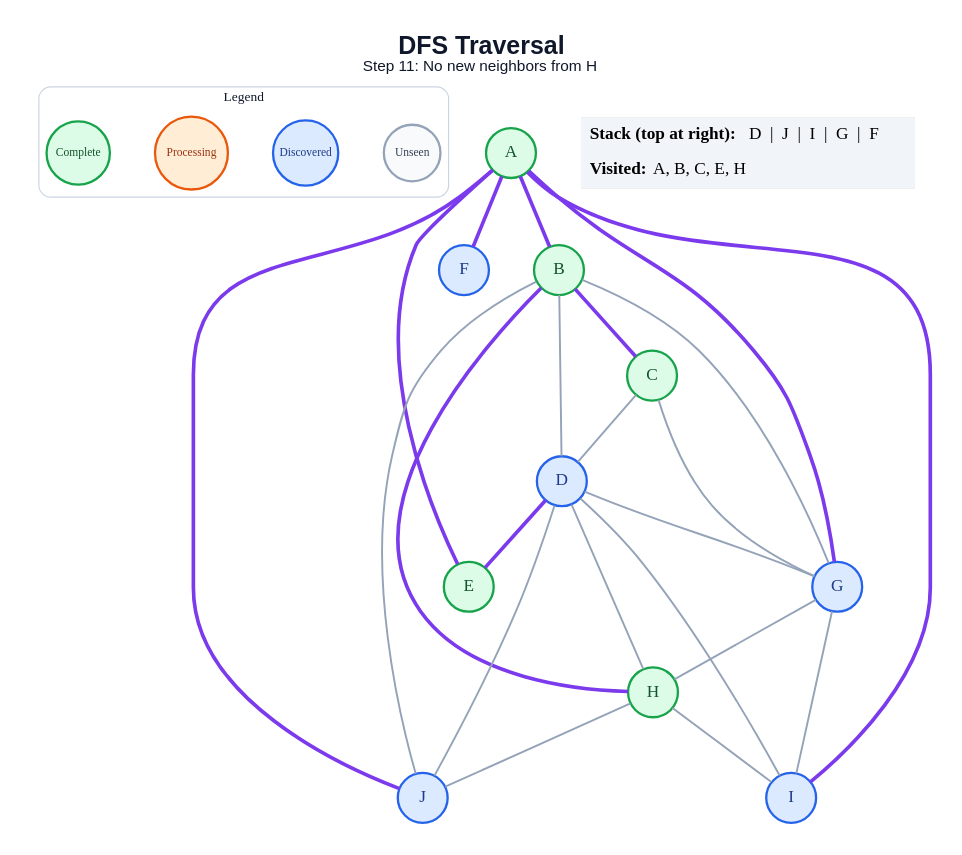
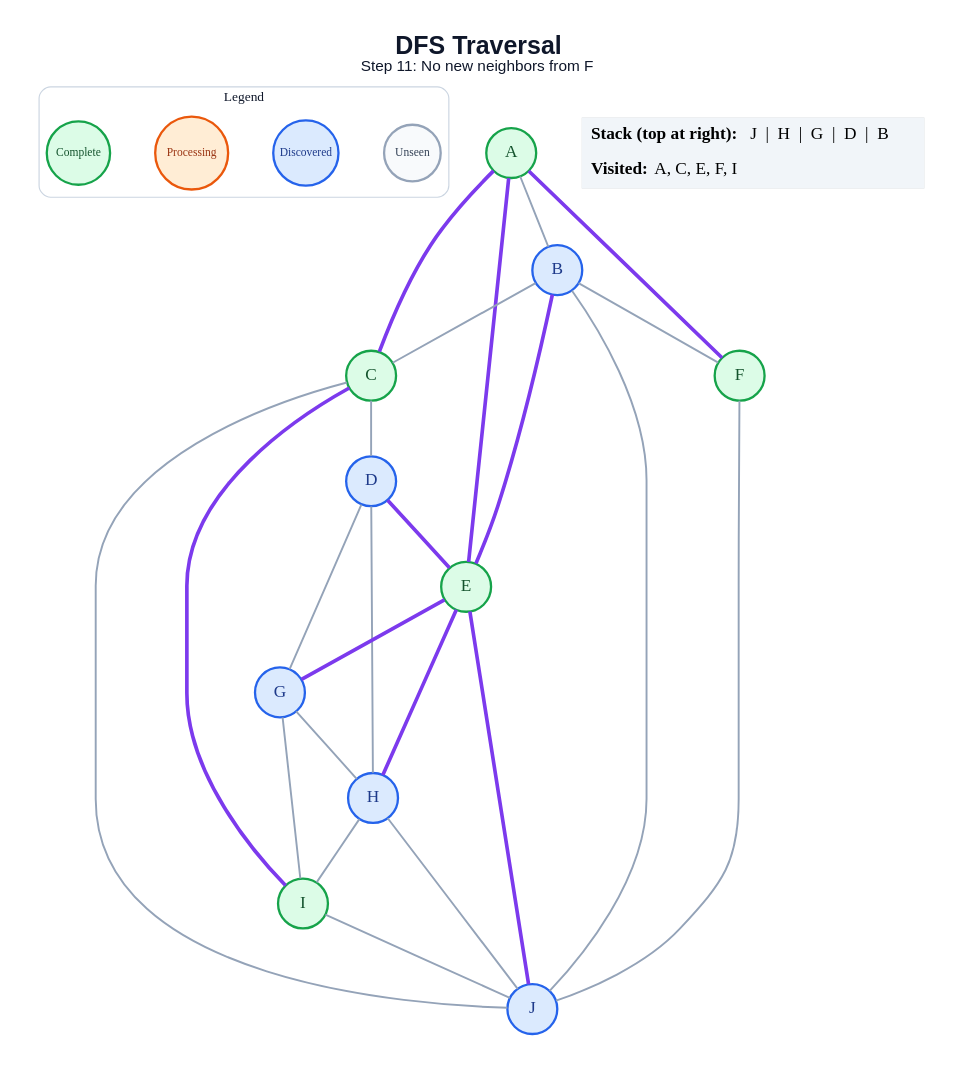
The diagram in generated/specific-node/dfs/step_11.dot (amanghodawala9/ai-slop), drawn with Graphviz before and after one commit. The commit also changed 178 other files, not shown here.

```diff
--- a/generated/specific-node/dfs/step_11.dot
+++ b/generated/specific-node/dfs/step_11.dot
@@ -1,51 +1,52 @@
 graph traversal {
   graph [layout=dot, rankdir=TB, bgcolor="#FFFFFF", pad="0.35", nodesep="0.65", ranksep="0.8", fontname="Arial"];
   node [shape=circle, style="filled", fontname="Arial Bold", fontsize=18, width=0.72, fixedsize=true, penwidth=2.4];
   edge [color="#94A3B8", penwidth=2.0];
-  label=<<B>DFS Traversal</B><BR/><FONT POINT-SIZE="16">Step 11: No new neighbors from H</FONT>>; labelloc="t"; fontsize=26; fontname="Arial"; fontcolor="#0F172A";
+  label=<<B>DFS Traversal</B><BR/><FONT POINT-SIZE="16">Step 11: No new neighbors from F</FONT>>; labelloc="t"; fontsize=26; fontname="Arial"; fontcolor="#0F172A";
   subgraph cluster_legend { label="Legend"; color="#CBD5E1"; penwidth=1.2; style="rounded"; fontsize=14; fontname="Arial Bold";
     key_unseen [label="Unseen", fillcolor="#F8FAFC", color="#94A3B8", fontcolor="#334155", fontsize=12, width=0.82];
     key_frontier [label="Discovered", fillcolor="#DBEAFE", color="#2563EB", fontcolor="#1E3A8A", fontsize=12, width=0.95];
     key_current [label="Processing", fillcolor="#FFEDD5", color="#EA580C", fontcolor="#9A3412", fontsize=12, width=1.05];
     key_done [label="Complete", fillcolor="#DCFCE7", color="#16A34A", fontcolor="#14532D", fontsize=12, width=0.92];
     { rank=same; key_unseen; key_frontier; key_current; key_done; }
   }
   A [fillcolor="#DCFCE7", color="#16A34A", fontcolor="#14532D"];
-  B [fillcolor="#DCFCE7", color="#16A34A", fontcolor="#14532D"];
+  B [fillcolor="#DBEAFE", color="#2563EB", fontcolor="#1E3A8A"];
   C [fillcolor="#DCFCE7", color="#16A34A", fontcolor="#14532D"];
   D [fillcolor="#DBEAFE", color="#2563EB", fontcolor="#1E3A8A"];
   E [fillcolor="#DCFCE7", color="#16A34A", fontcolor="#14532D"];
-  F [fillcolor="#DBEAFE", color="#2563EB", fontcolor="#1E3A8A"];
+  F [fillcolor="#DCFCE7", color="#16A34A", fontcolor="#14532D"];
   G [fillcolor="#DBEAFE", color="#2563EB", fontcolor="#1E3A8A"];
-  H [fillcolor="#DCFCE7", color="#16A34A", fontcolor="#14532D"];
-  I [fillcolor="#DBEAFE", color="#2563EB", fontcolor="#1E3A8A"];
+  H [fillcolor="#DBEAFE", color="#2563EB", fontcolor="#1E3A8A"];
+  I [fillcolor="#DCFCE7", color="#16A34A", fontcolor="#14532D"];
   J [fillcolor="#DBEAFE", color="#2563EB", fontcolor="#1E3A8A"];
-  A -- B [color="#7C3AED", penwidth=3.8];
+  A -- B;
+  A -- C [color="#7C3AED", penwidth=3.8];
   A -- E [color="#7C3AED", penwidth=3.8];
   A -- F [color="#7C3AED", penwidth=3.8];
-  A -- G [color="#7C3AED", penwidth=3.8];
-  A -- I [color="#7C3AED", penwidth=3.8];
-  A -- J [color="#7C3AED", penwidth=3.8];
-  B -- C [color="#7C3AED", penwidth=3.8];
-  B -- D;
-  B -- G;
-  B -- H [color="#7C3AED", penwidth=3.8];
+  B -- C;
+  B -- E [color="#7C3AED", penwidth=3.8];
+  B -- F;
   B -- J;
   C -- D;
-  C -- G;
+  C -- I [color="#7C3AED", penwidth=3.8];
+  C -- J;
   D -- E [color="#7C3AED", penwidth=3.8];
   D -- G;
   D -- H;
-  D -- I;
-  D -- J;
+  E -- G [color="#7C3AED", penwidth=3.8];
+  E -- H [color="#7C3AED", penwidth=3.8];
+  E -- J [color="#7C3AED", penwidth=3.8];
+  F -- J;
   G -- H;
   G -- I;
   H -- I;
   H -- J;
+  I -- J;
   status [shape=plain, fixedsize=false, width=0, height=0, margin=0, label=<
     <TABLE BORDER="0" CELLBORDER="0" CELLPADDING="7" BGCOLOR="#F1F5F9">
-      <TR><TD ALIGN="LEFT"><B>Stack (top at right):</B> D  |  J  |  I  |  G  |  F</TD></TR>
-      <TR><TD ALIGN="LEFT"><B>Visited:</B> A, B, C, E, H</TD></TR>
+      <TR><TD ALIGN="LEFT"><B>Stack (top at right):</B> J  |  H  |  G  |  D  |  B</TD></TR>
+      <TR><TD ALIGN="LEFT"><B>Visited:</B> A, C, E, F, I</TD></TR>
     </TABLE>
   >];
 }
```
